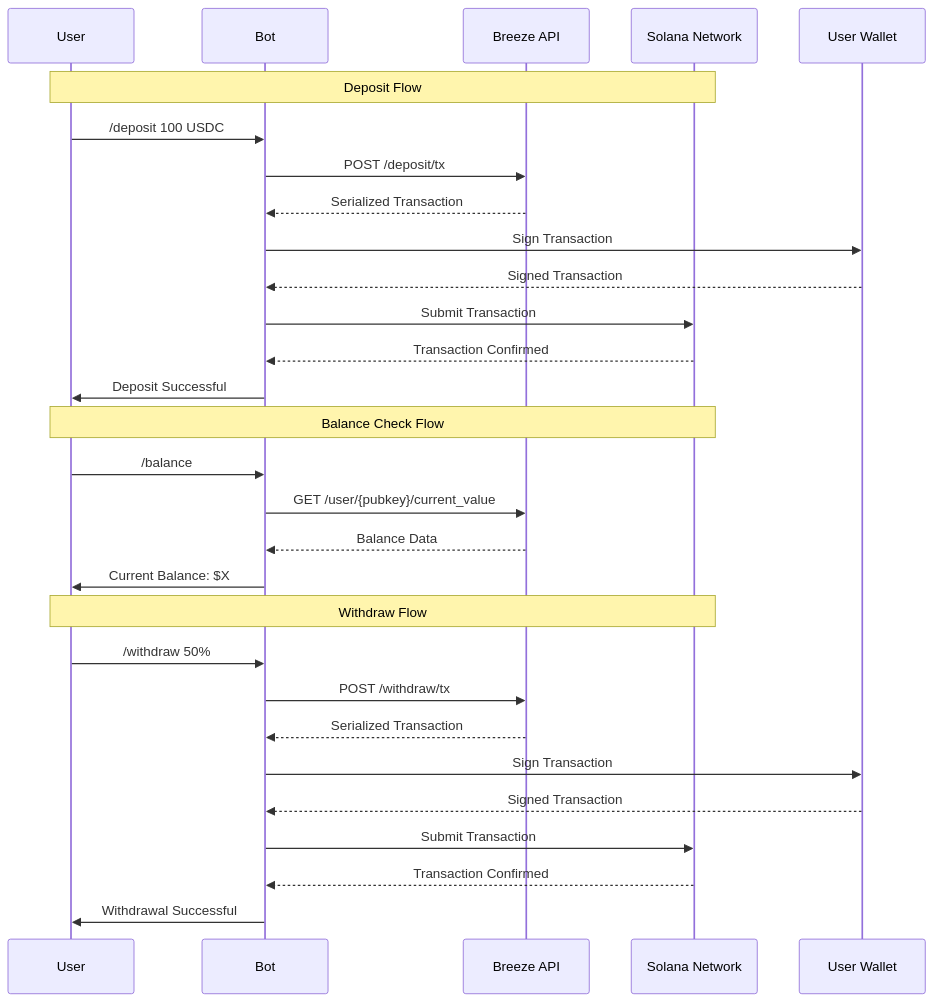
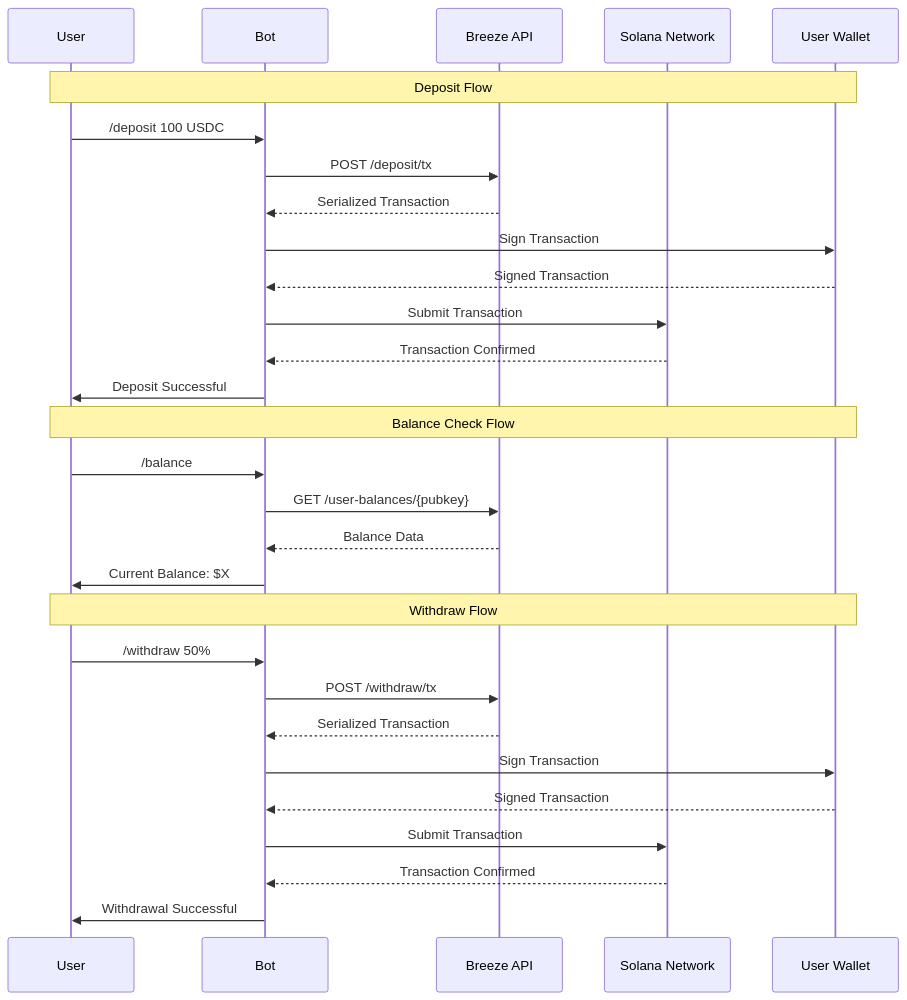
Before and after one commit to anagrambuild/breeze-docs: the diagram in Integration-Guide/tgBotTutorial.mdx, drawn with Mermaid. The commit also changed other lines of this file and 13 other files, not shown here.

````diff
--- a/Integration-Guide/tgBotTutorial.mdx
+++ b/Integration-Guide/tgBotTutorial.mdx
@@ -25,34 +25,34 @@
 ```mermaid
 sequenceDiagram
     participant U as User
     participant B as Bot
     participant BA as Breeze API
     participant S as Solana Network
     participant W as User Wallet
     
-    Note over U,S: Deposit Flow
+    Note over U,W: Deposit Flow
     U->>B: /deposit 100 USDC
     B->>BA: POST /deposit/tx
     BA-->>B: Serialized Transaction
     B->>W: Sign Transaction
     W-->>B: Signed Transaction
     B->>S: Submit Transaction
     S-->>B: Transaction Confirmed
     B->>U: Deposit Successful
     
-    Note over U,S: Balance Check Flow
+    Note over U,W: Balance Check Flow
     U->>B: /balance
-    B->>BA: GET /user/{pubkey}/current_value
+    B->>BA: GET /user-balances/{pubkey}
     BA-->>B: Balance Data
     B->>U: Current Balance: $X
     
-    Note over U,S: Withdraw Flow
+    Note over U,W: Withdraw Flow
     U->>B: /withdraw 50%
     B->>BA: POST /withdraw/tx
     BA-->>B: Serialized Transaction
     B->>W: Sign Transaction
     W-->>B: Signed Transaction
     B->>S: Submit Transaction
     S-->>B: Transaction Confirmed
     B->>U: Withdrawal Successful
 ```
````
